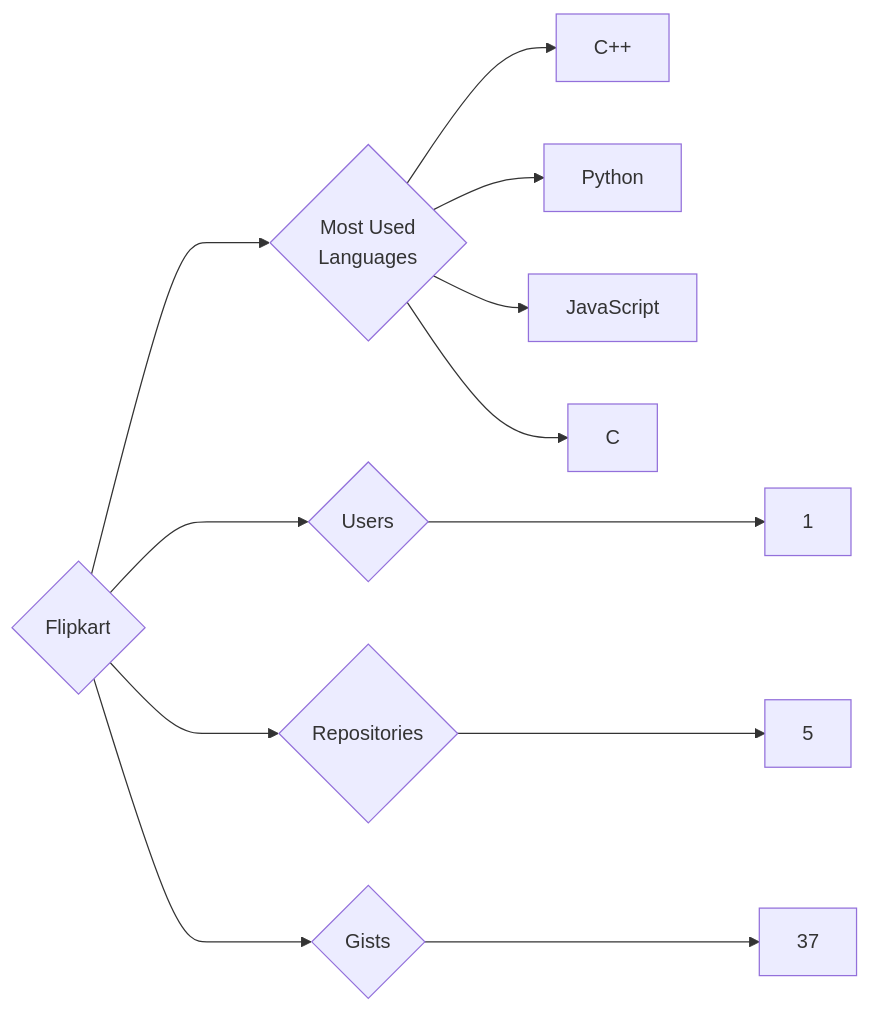
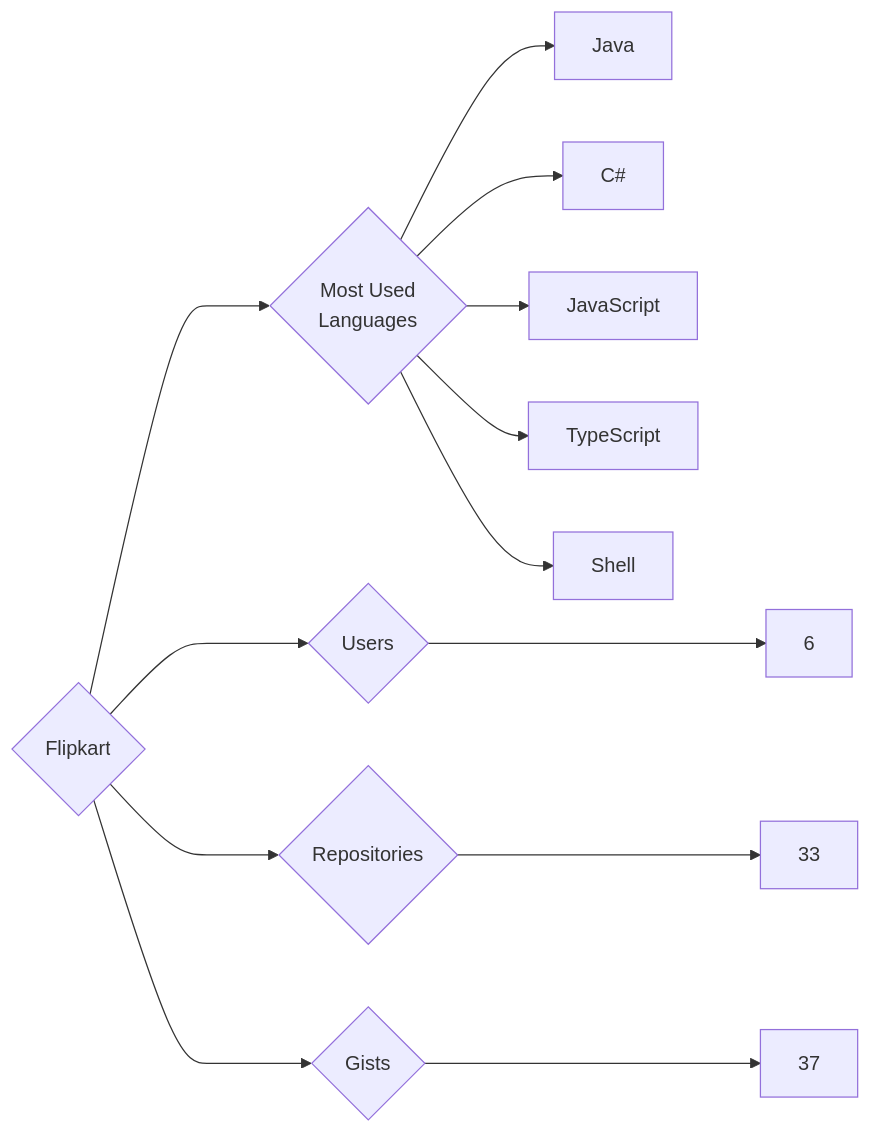
One commit to trickest/insiders changed the diagram in targets/Flipkart/README.md. Above: the diagram before and after it, drawn with Mermaid. The commit also changed 1166 other files, not shown here.

````diff
--- a/targets/Flipkart/README.md
+++ b/targets/Flipkart/README.md
@@ -3,12 +3,13 @@
 ```mermaid
 graph LR
 COMPANY_NAME{Flipkart}
-COMPANY_NAME ---> U{Users} ---> UN[1]
-COMPANY_NAME ---> R{Repositories} ---> RN[5]
+COMPANY_NAME ---> U{Users} ---> UN[6]
+COMPANY_NAME ---> R{Repositories} ---> RN[33]
 COMPANY_NAME ---> G{Gists} ---> GN[37]
 COMPANY_NAME ---> ML{Most Used<br>Languages}
-ML --> C++[C++]
-ML --> Python[Python]
+ML --> Java[Java]
+ML --> C#[C#]
 ML --> JavaScript[JavaScript]
-ML --> C[C]
+ML --> TypeScript[TypeScript]
+ML --> Shell[Shell]
 ```
````
